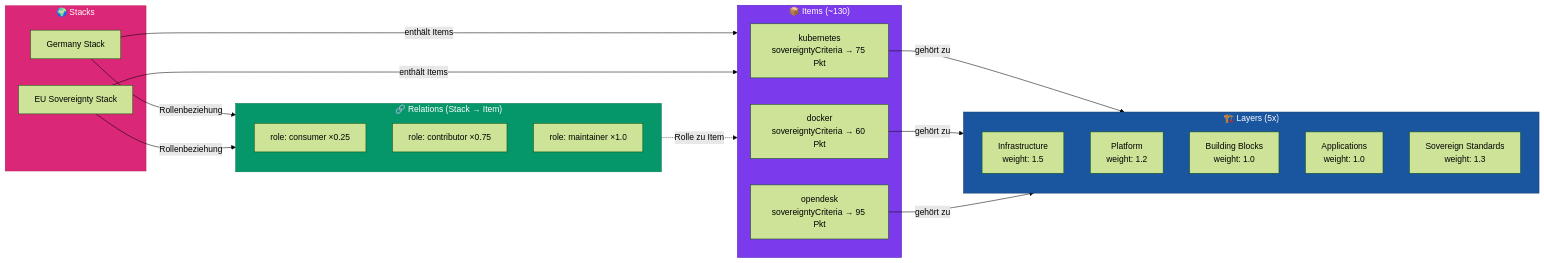
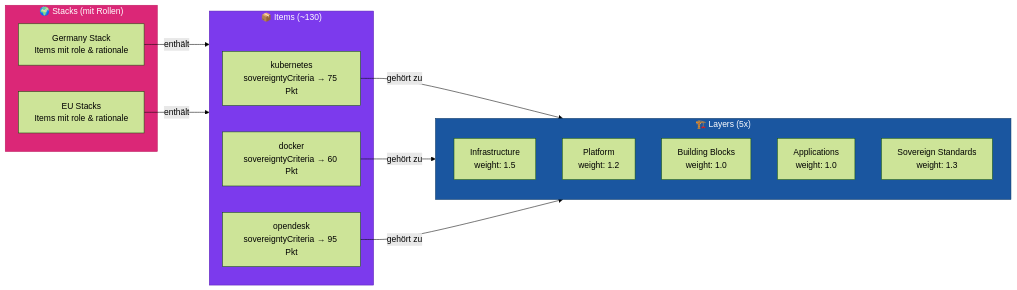
One commit to deleonio/accessible-d-stack-landscape changed the diagram in data/README.md. Above: the diagram before and after it, drawn with Mermaid (forest theme). The commit also changed other lines of this file and 5 other files, not shown here.

Commit message:
Refactor data structure: remove relations and update README for clarity; adjust stack item definitions

````diff
--- a/data/README.md
+++ b/data/README.md
@@ -28,47 +26,34 @@
 ```mermaid
 graph LR
     subgraph Layers["🏗️ Layers (5x)"]
         L1["Infrastructure<br/>weight: 1.5"]
         L2["Platform<br/>weight: 1.2"]
         L3["Building Blocks<br/>weight: 1.0"]
         L4["Applications<br/>weight: 1.0"]
         L5["Sovereign Standards<br/>weight: 1.3"]
     end
 
     subgraph Items["📦 Items (~130)"]
         I1["kubernetes<br/>sovereigntyCriteria → 75 Pkt"]
         I2["docker<br/>sovereigntyCriteria → 60 Pkt"]
         I3["opendesk<br/>sovereigntyCriteria → 95 Pkt"]
     end
 
-    subgraph Stacks["🌍 Stacks"]
-        S1["Germany Stack"]
-        S2["EU Sovereignty Stack"]
-    end
-
-    subgraph Relations["🔗 Relations (Stack → Item)"]
-        R1["role: consumer ×0.25"]
-        R2["role: contributor ×0.75"]
-        R3["role: maintainer ×1.0"]
+    subgraph Stacks["🌍 Stacks (mit Rollen)"]
+        S1["Germany Stack<br/>Items mit role & rationale"]
+        S2["EU Stacks<br/>Items mit role & rationale"]
     end
 
     I1 & I2 & I3 --> |gehört zu| Layers
 
-    S1 --> |enthält Items| Items
-    S2 --> |enthält Items| Items
-
-    S1 --> |Rollenbeziehung| Relations
-    S2 --> |Rollenbeziehung| Relations
-
-    Relations -.->|Rolle zu Item| Items
+    S1 --> |enthält| Items
+    S2 --> |enthält| Items
 
     classDef layers fill:#1a56a0,stroke:#0f3a66,color:#fff
     classDef items fill:#7c3aed,stroke:#5b21b6,color:#fff
     classDef stacks fill:#db2777,stroke:#be185d,color:#fff
-    classDef relations fill:#059669,stroke:#047857,color:#fff
 
     class Layers layers
     class Items items
     class Stacks stacks
-    class Relations relations
 ```
````
